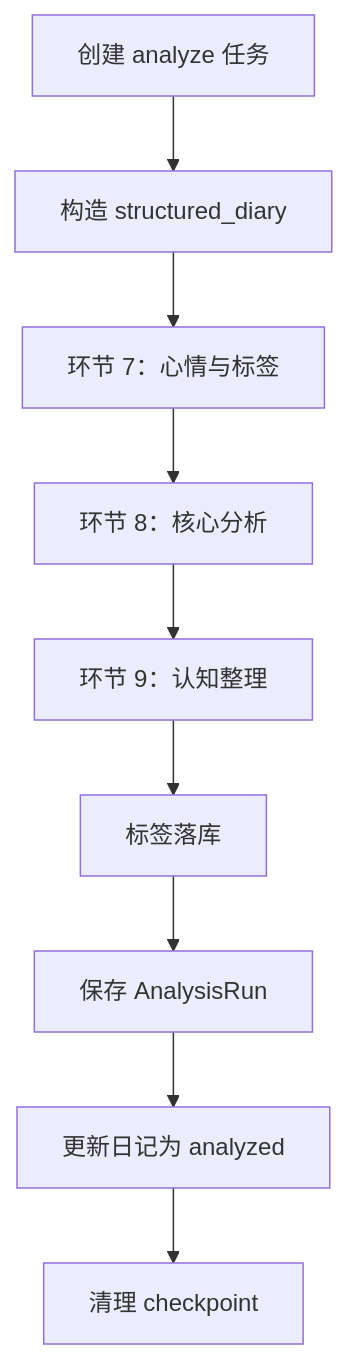
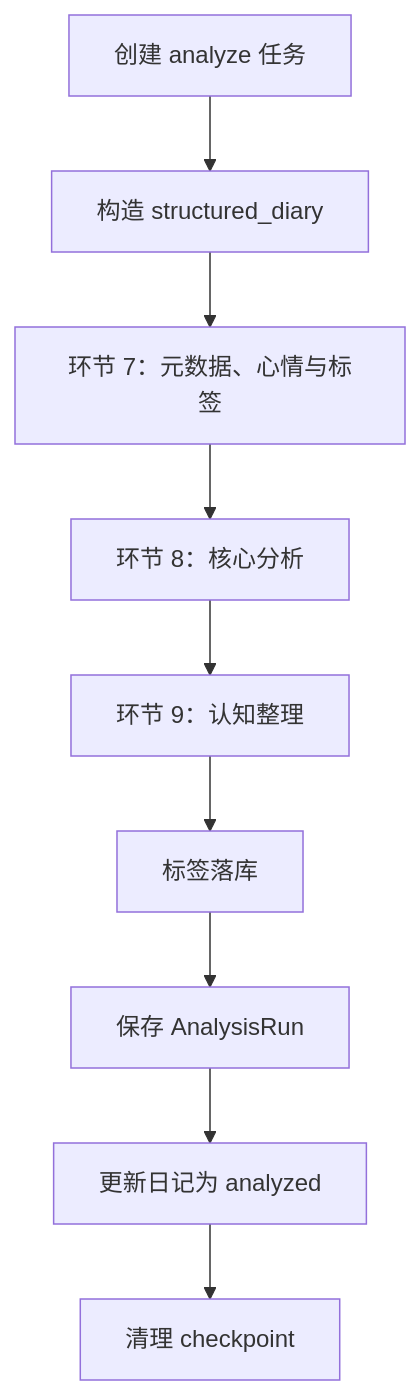
The first of 2 diagrams in docs/analysis-pipeline-spec.md (x54256/diary-platform), drawn with Mermaid before and after one commit. The commit also changed other lines of this file and 7 other files, not shown here.

````diff
--- a/docs/analysis-pipeline-spec.md
+++ b/docs/analysis-pipeline-spec.md
@@ -190,11 +190,11 @@
 ```mermaid
 flowchart TD
     A[创建 analyze 任务] --> B[构造 structured_diary]
-    B --> C[环节 7：心情与标签]
+    B --> C[环节 7：元数据、心情与标签]
     C --> D[环节 8：核心分析]
     D --> E[环节 9：认知整理]
     E --> F[标签落库]
     F --> G[保存 AnalysisRun]
     G --> H[更新日记为 analyzed]
     H --> I[清理 checkpoint]
 ```
````
